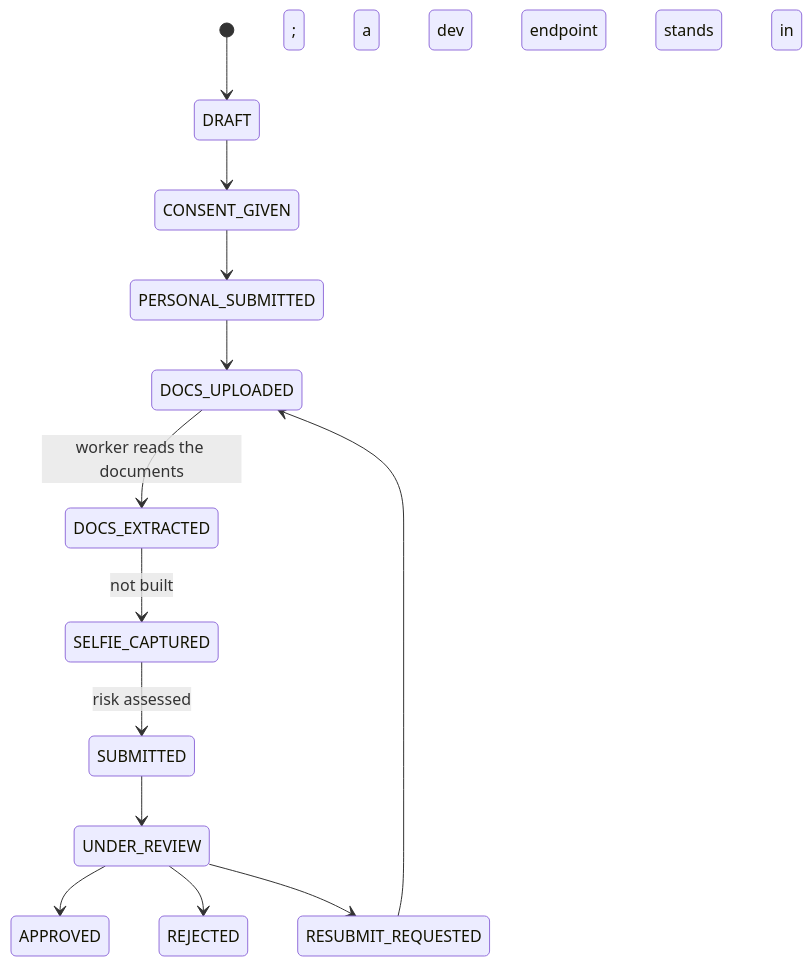
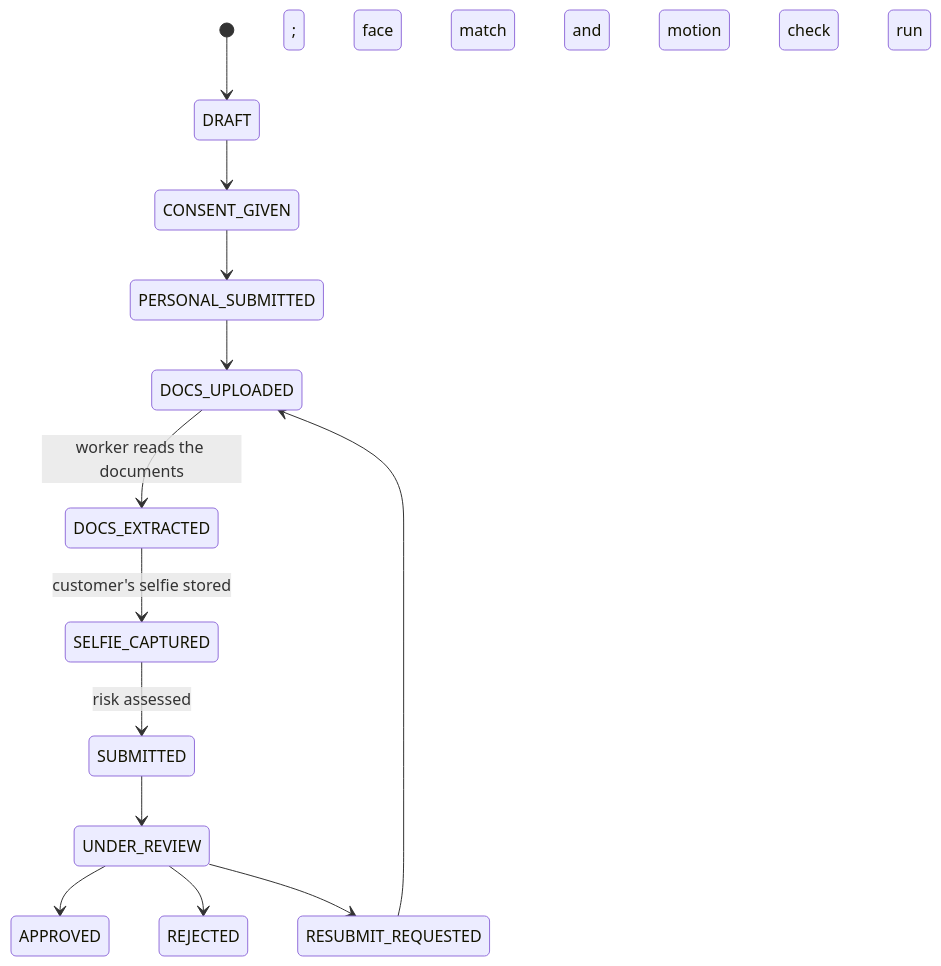
Before and after one commit to Lakshyalamba/kyc_setu: the diagram in README.md, drawn with Mermaid. The commit also changed other lines of this file and 11 other files, not shown here.

First line of the commit message:
docs: what the selfie step is and is not: calibration, the device pass, and the updated project pages

````diff
--- a/README.md
+++ b/README.md
@@ -93,15 +95,15 @@
 ```mermaid
 stateDiagram-v2
     [*] --> DRAFT
     DRAFT --> CONSENT_GIVEN
     CONSENT_GIVEN --> PERSONAL_SUBMITTED
     PERSONAL_SUBMITTED --> DOCS_UPLOADED
     DOCS_UPLOADED --> DOCS_EXTRACTED: worker reads the documents
-    DOCS_EXTRACTED --> SELFIE_CAPTURED: not built; a dev endpoint stands in
+    DOCS_EXTRACTED --> SELFIE_CAPTURED: customer's selfie stored; face match and motion check run
     SELFIE_CAPTURED --> SUBMITTED: risk assessed
     SUBMITTED --> UNDER_REVIEW
     UNDER_REVIEW --> APPROVED
     UNDER_REVIEW --> REJECTED
     UNDER_REVIEW --> RESUBMIT_REQUESTED
     RESUBMIT_REQUESTED --> DOCS_UPLOADED
 ```
````
